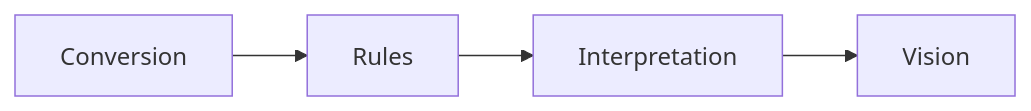
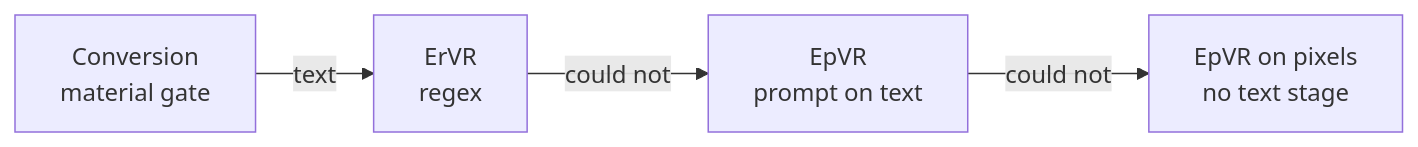
The first of 5 diagrams in README.md (mariogarcia-ar/docflow), drawn with Mermaid before and after one commit. The commit also changed other lines of this file and 1 other file, not shown here.

Commit message:
Refine documentation on extractor modes and terminology, clarifying the distinction between extractors and flows, and updating references for consistency across components.

````diff
--- a/README.md
+++ b/README.md
@@ -62,4 +82,6 @@
 ```mermaid
 graph LR
-    A["Conversion"] --> B["Rules"] --> C["Interpretation"] --> D["Vision"]
+    A["Conversion<br/>material gate"] -->|"text"| B["ErVR<br/>regex"]
+    B -->|"could not"| C["EpVR<br/>prompt on text"]
+    C -->|"could not"| D["EpVR on pixels<br/>no text stage"]
 ```
````
